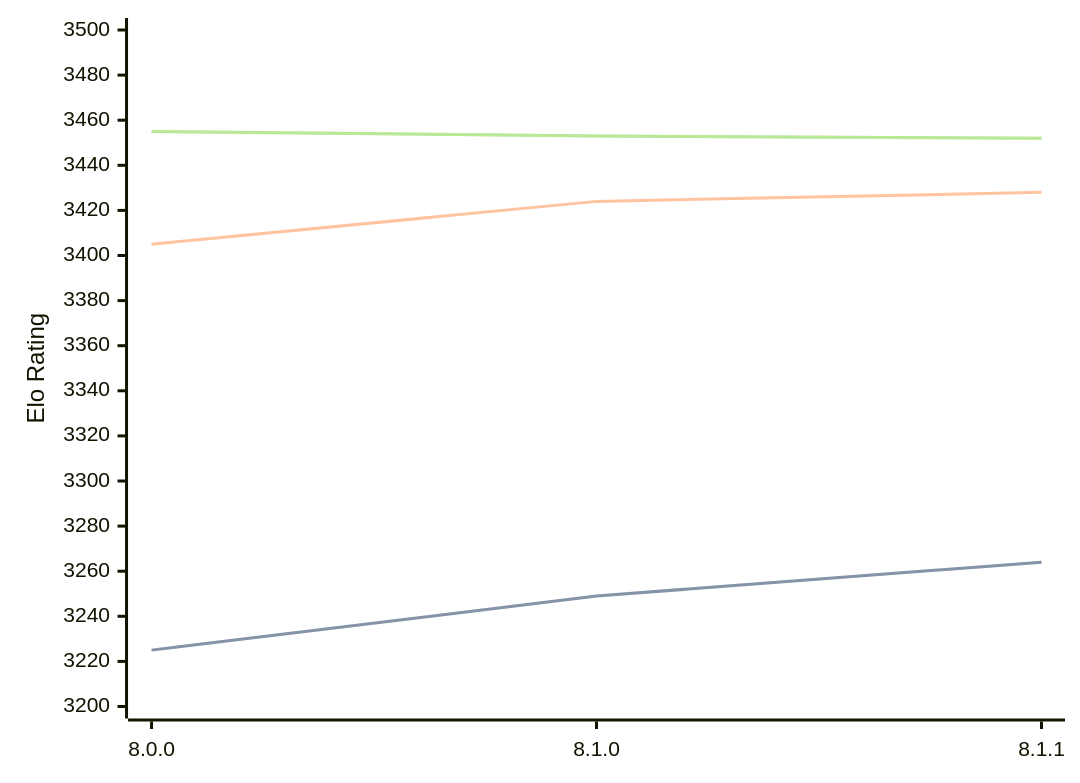
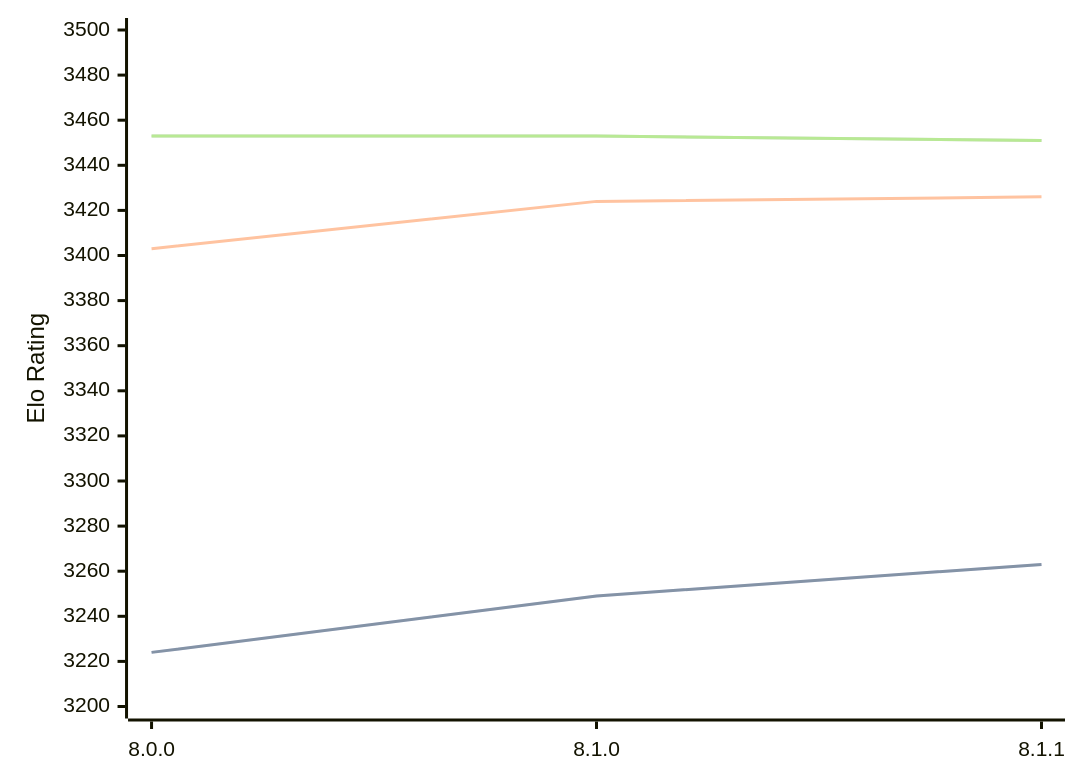
One commit to computer-chess-index/cci changed the diagram in engines/Velvet.md. Above: the diagram before and after it, drawn with Mermaid. The commit also changed other lines of this file, not shown here.

Commit message:
Update CCI Ratings (ELO VLTC) - 2026-06-10

````diff
--- a/engines/Velvet.md
+++ b/engines/Velvet.md
@@ -57,11 +57,11 @@
 ```mermaid
 %%{init: {"theme":"base","themeVariables":{"seriesColors:['#a3a3a3','#222221','#faa371']}}}%%
 xychart-beta
   x-axis ["8.0.0", "8.1.0", "8.1.1"]
   y-axis "Elo Rating" 3200 --> 3500
-  line "STC (8.0+0.08s)" [3225, 3249, 3264]
-  line "STC (8.0+0.08s)" [3225, 3249, 3264]
-  line "LTC (60.0+0.60s)" [3405, 3424, 3428]
-  line "VLTC (2m24s+1.12s)" [3455, 3453, 3452]
-  line "VLTC (2m24s+1.12s)" [3455, 3453, 3452]
+  line "STC (8.0+0.08s)" [3224, 3249, 3263]
+  line "STC (8.0+0.08s)" [3224, 3249, 3263]
+  line "LTC (60.0+0.60s)" [3403, 3424, 3426]
+  line "VLTC (2m24s+1.12s)" [3453, 3453, 3451]
+  line "VLTC (2m24s+1.12s)" [3453, 3453, 3451]
 ```
````
